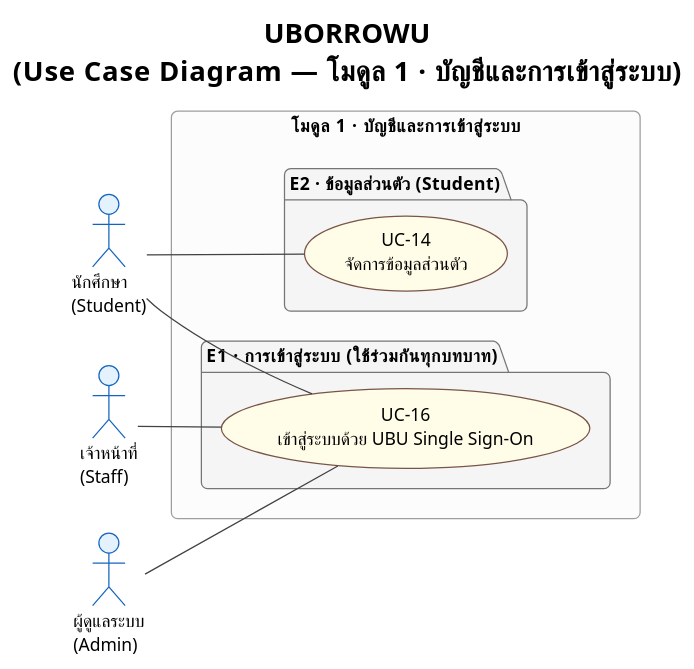
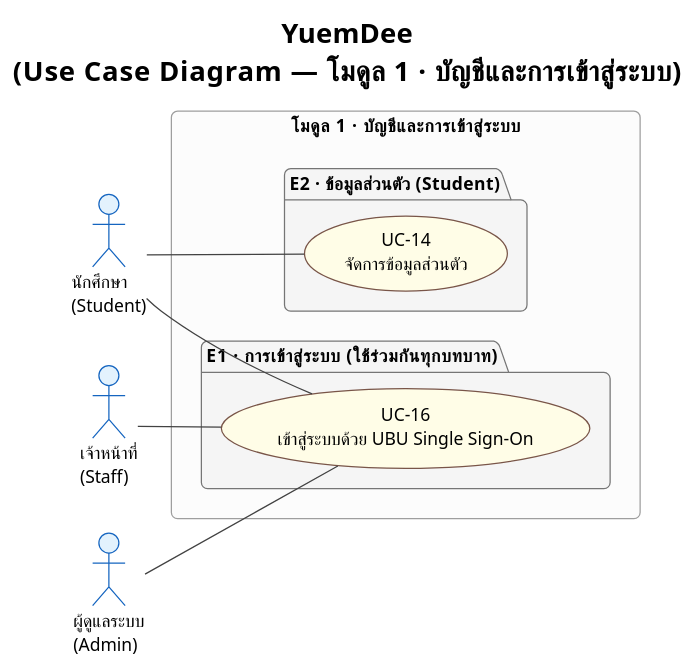
Before and after one commit to patlnwza-007/project-2569: the diagram in proposal/usecase/usecase_module1.puml, drawn with PlantUML. The commit also changed 22 other files, not shown here.

```diff
--- a/proposal/usecase/usecase_module1.puml
+++ b/proposal/usecase/usecase_module1.puml
@@ -6,49 +6,49 @@
 @startuml usecase_module1
 !theme plain
 skinparam defaultFontName TH Sarabun New
 skinparam defaultFontSize 14
 skinparam roundcorner 10
 
 skinparam usecase {
   BackgroundColor #FFFDE7
   BorderColor #795548
 }
 skinparam actor {
   BackgroundColor #E3F2FD
   BorderColor #1565C0
 }
 skinparam package {
   BackgroundColor #F5F5F5
   BorderColor #757575
   FontStyle bold
 }
 skinparam rectangle {
   BackgroundColor #FCFCFC
   BorderColor #9E9E9E
 }
 skinparam ArrowColor #424242
 
-title <b>UBORROWU</b>\n(Use Case Diagram — โมดูล 1 · บัญชีและการเข้าสู่ระบบ)
+title <b>YuemDee</b>\n(Use Case Diagram — โมดูล 1 · บัญชีและการเข้าสู่ระบบ)
 
 left to right direction
 
 actor "นักศึกษา\n(Student)" as Student
 actor "เจ้าหน้าที่\n(Staff)" as Staff
 actor "ผู้ดูแลระบบ\n(Admin)" as Admin
 
 rectangle "โมดูล 1 · บัญชีและการเข้าสู่ระบบ" {
   package "E1 · การเข้าสู่ระบบ (ใช้ร่วมกันทุกบทบาท)" {
     usecase "UC-16\nเข้าสู่ระบบด้วย UBU Single Sign-On" as UC16
   }
 
   package "E2 · ข้อมูลส่วนตัว (Student)" {
     usecase "UC-14\nจัดการข้อมูลส่วนตัว" as UC14
   }
 }
 
 Student -- UC16
 Staff -- UC16
 Admin -- UC16
 Student -- UC14
 
 @enduml
```
